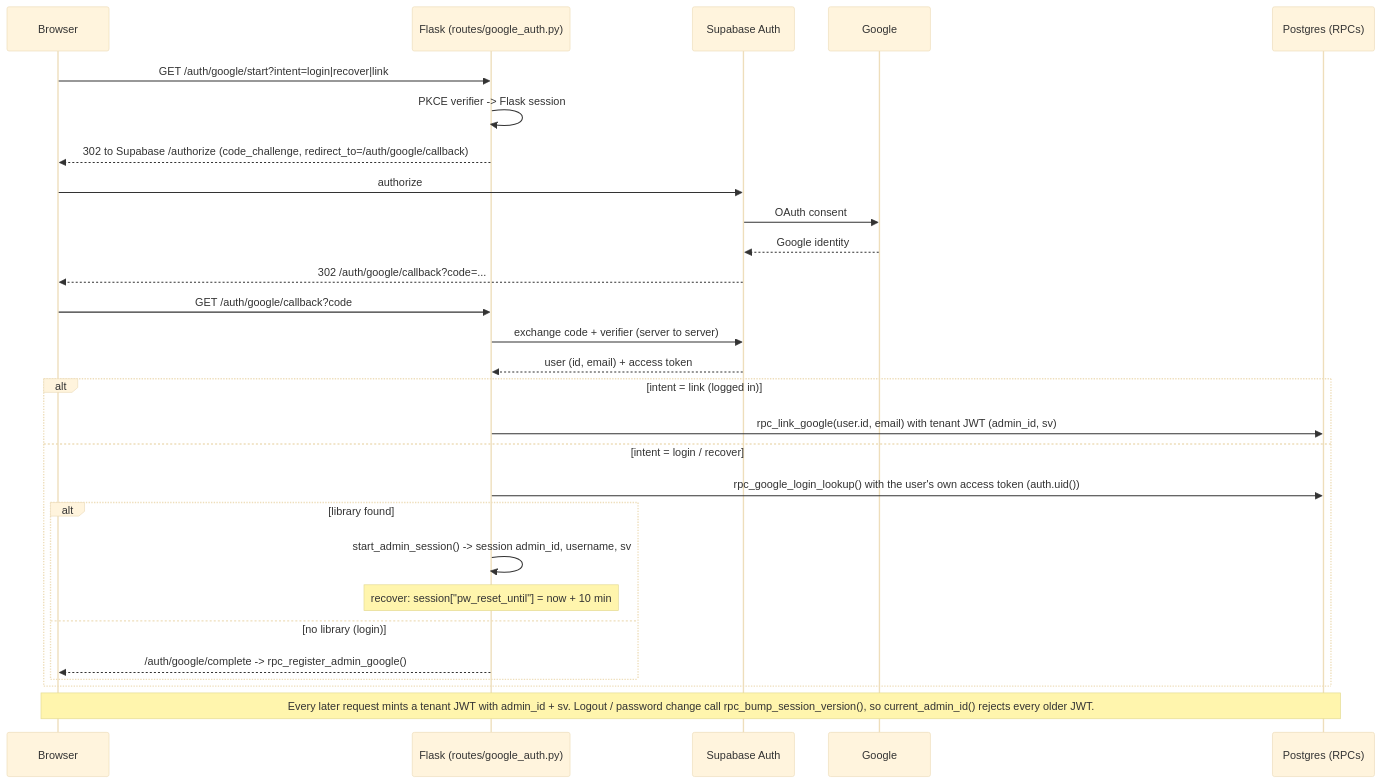
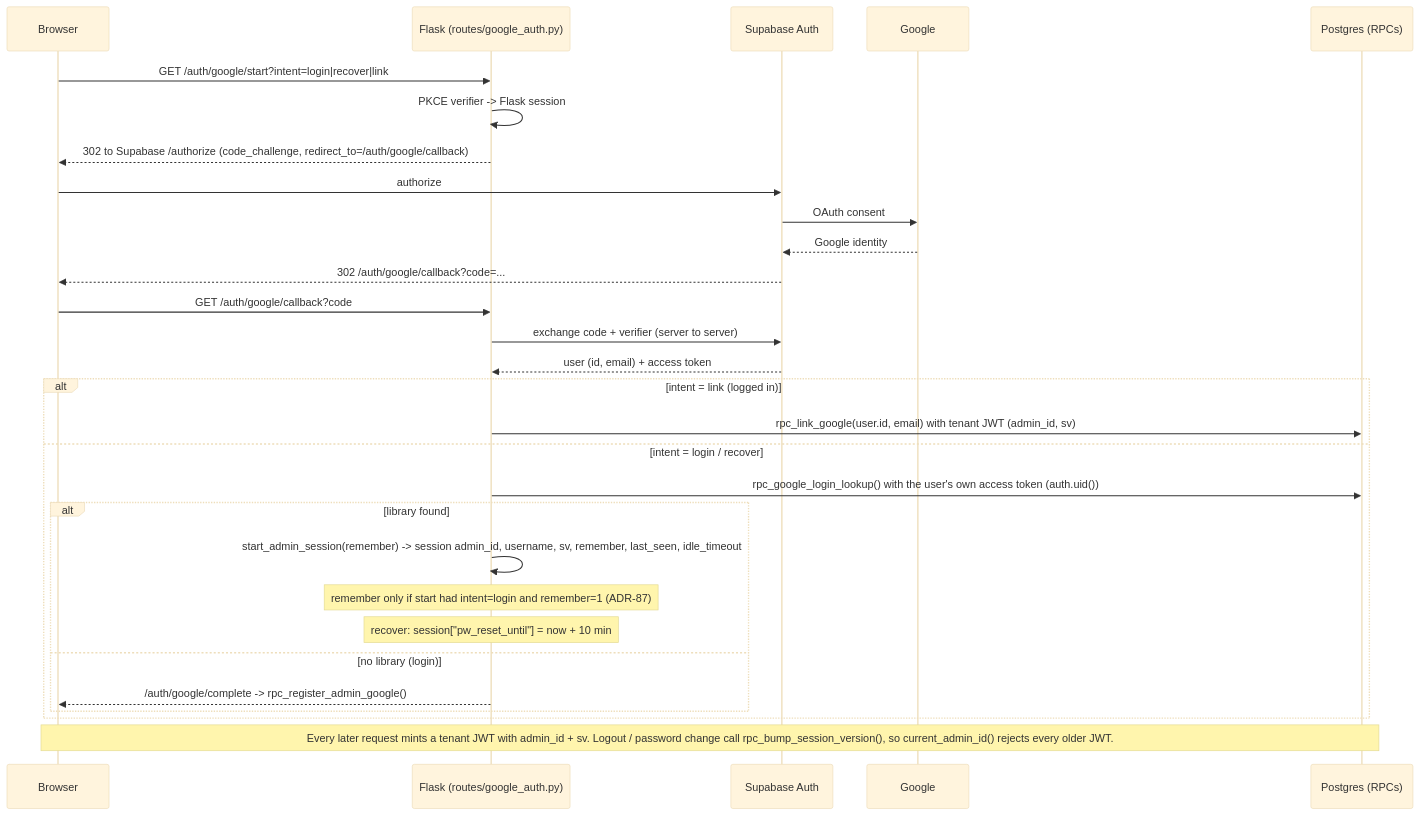
One commit to saloni-keshore/smart-library-management-system changed the sixth of 6 diagrams in docs/DIAGRAMS.md. Above: the diagram before and after it, drawn with Mermaid (base theme). The commit also changed other lines of this file and 28 other files, not shown here.

First line of the commit message:
feat(auth): implement remember-me and idle session timeout

````diff
--- a/docs/DIAGRAMS.md
+++ b/docs/DIAGRAMS.md
@@ -554,31 +556,32 @@
 ```mermaid
 sequenceDiagram
     participant B as Browser
     participant F as Flask (routes/google_auth.py)
     participant A as Supabase Auth
     participant G as Google
     participant P as Postgres (RPCs)
 
     B->>F: GET /auth/google/start?intent=login|recover|link
     F->>F: PKCE verifier -> Flask session
     F-->>B: 302 to Supabase /authorize (code_challenge, redirect_to=/auth/google/callback)
     B->>A: authorize
     A->>G: OAuth consent
     G-->>A: Google identity
     A-->>B: 302 /auth/google/callback?code=...
     B->>F: GET /auth/google/callback?code
     F->>A: exchange code + verifier (server to server)
     A-->>F: user (id, email) + access token
     alt intent = link (logged in)
         F->>P: rpc_link_google(user.id, email) with tenant JWT (admin_id, sv)
     else intent = login / recover
         F->>P: rpc_google_login_lookup() with the user's own access token (auth.uid())
         alt library found
-            F->>F: start_admin_session() -> session admin_id, username, sv
+            F->>F: start_admin_session(remember) -> session admin_id, username, sv, remember, last_seen, idle_timeout
+            Note over F: remember only if start had intent=login and remember=1 (ADR-87)
             Note over F: recover: session["pw_reset_until"] = now + 10 min
         else no library (login)
             F-->>B: /auth/google/complete -> rpc_register_admin_google()
         end
     end
     Note over B,P: Every later request mints a tenant JWT with admin_id + sv. Logout / password change call rpc_bump_session_version(), so current_admin_id() rejects every older JWT.
 ```
````
